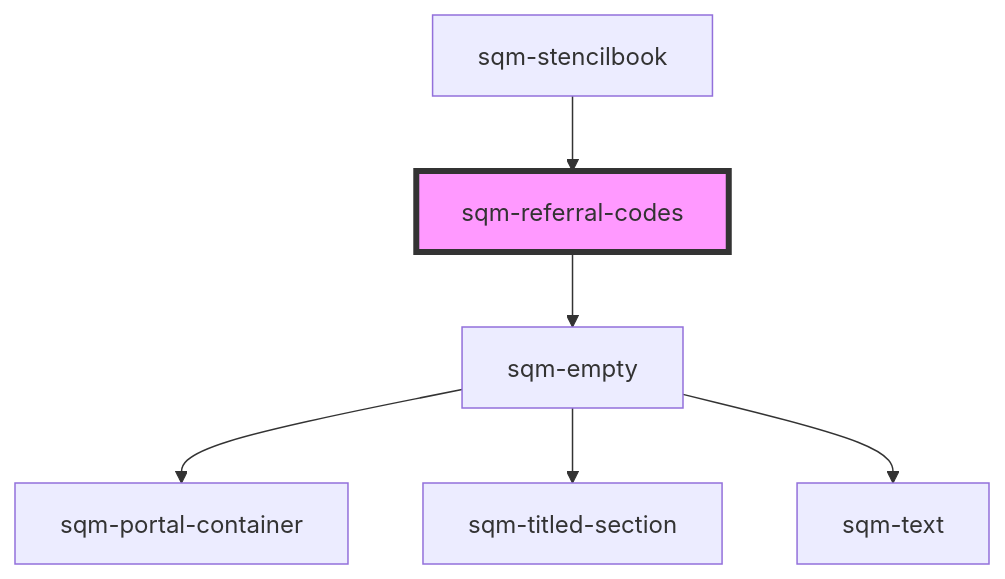
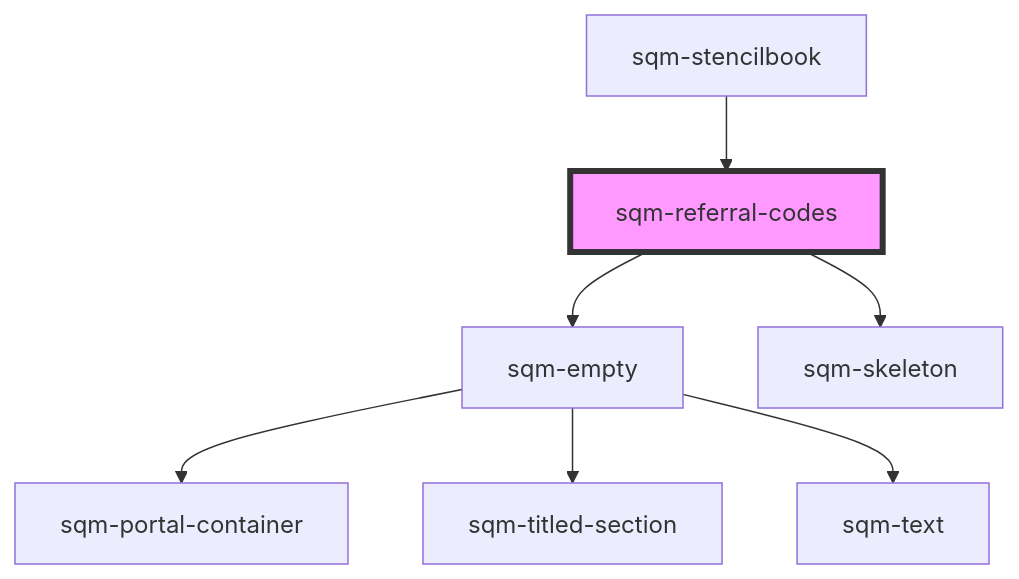
Before and after one commit to saasquatch/program-tools: the diagram in packages/mint-components/src/components/sqm-referral-codes/readme.md, drawn with Mermaid. The commit also changed other lines of this file and 15 other files, not shown here.

````diff
--- a/packages/mint-components/src/components/sqm-referral-codes/readme.md
+++ b/packages/mint-components/src/components/sqm-referral-codes/readme.md
@@ -32,9 +33,10 @@
 ```mermaid
 graph TD;
   sqm-referral-codes --> sqm-empty
+  sqm-referral-codes --> sqm-skeleton
   sqm-empty --> sqm-portal-container
   sqm-empty --> sqm-titled-section
   sqm-empty --> sqm-text
   sqm-stencilbook --> sqm-referral-codes
   style sqm-referral-codes fill:#f9f,stroke:#333,stroke-width:4px
 ```
````
